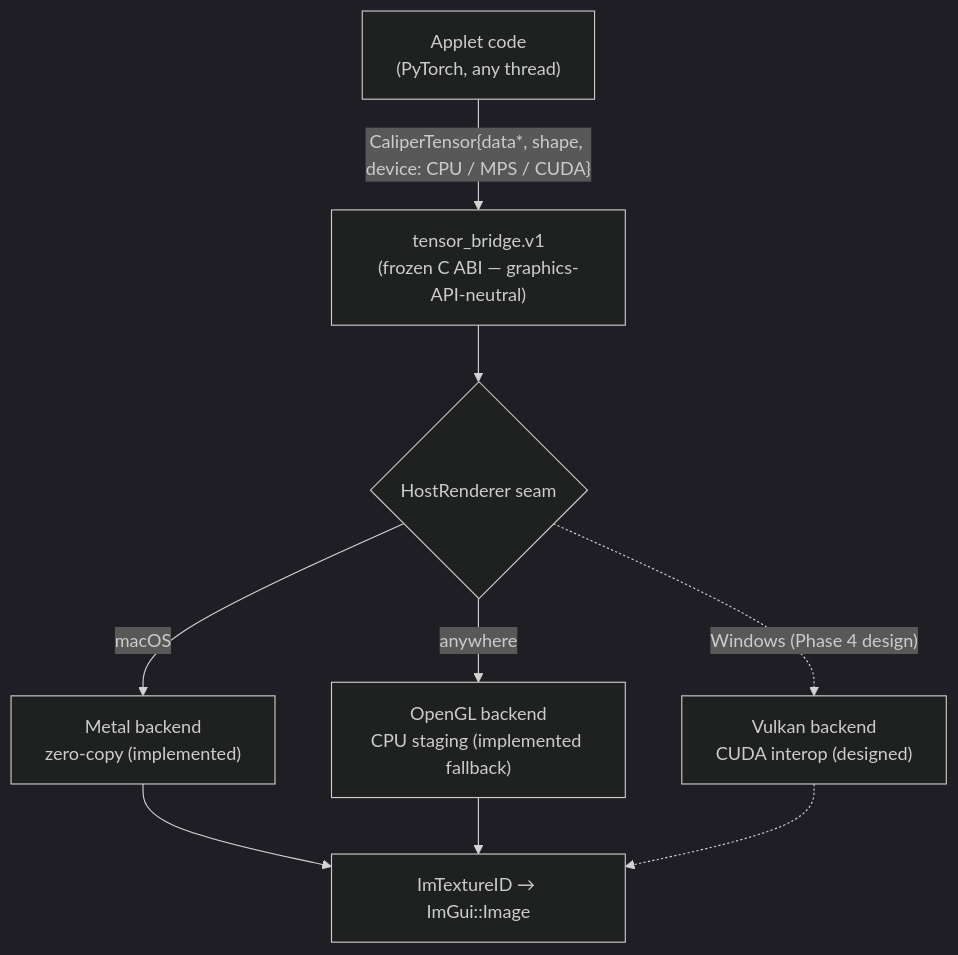
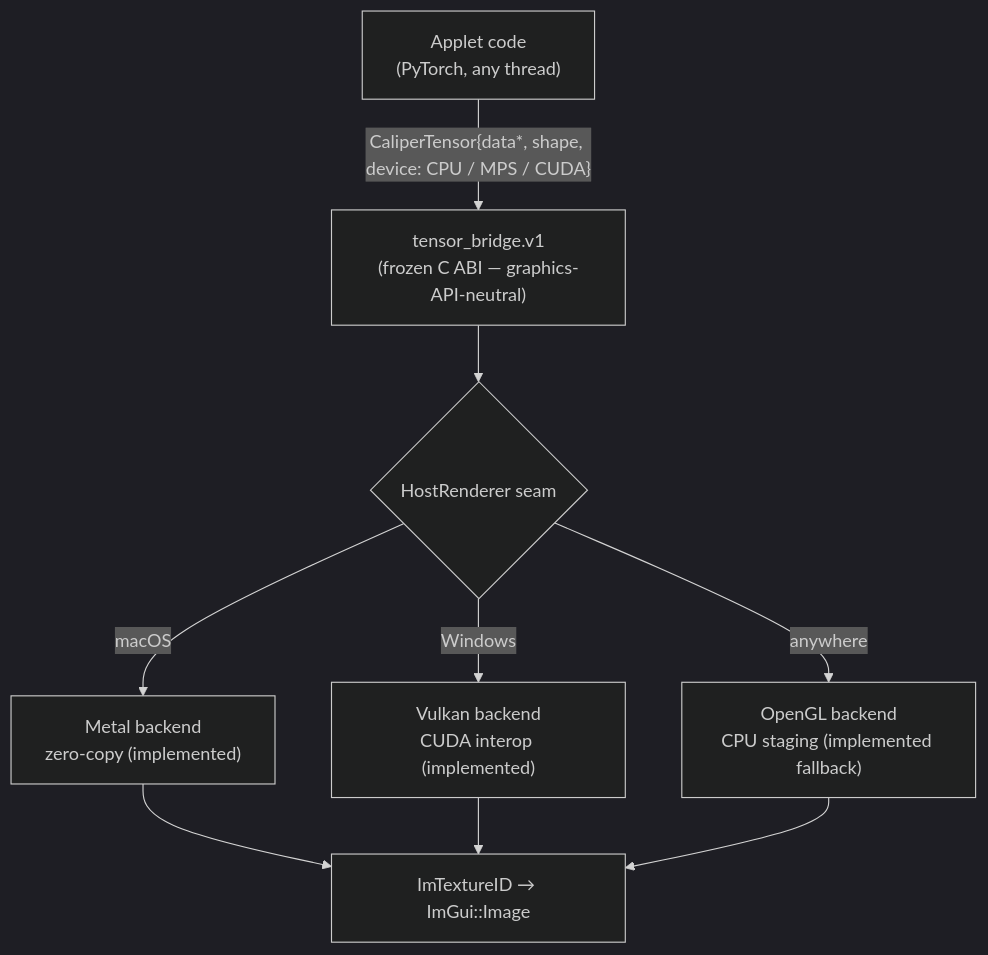
The second of 5 diagrams in ZEROCOPY.md (AhmedKhan-GH/caliper), drawn with Mermaid (dark theme) before and after one commit. The commit also changed other lines of this file and 3 other files, not shown here.

````diff
--- a/ZEROCOPY.md
+++ b/ZEROCOPY.md
@@ -53,11 +53,11 @@
 ```mermaid
 flowchart TD
     APP["Applet code<br/>(PyTorch, any thread)"] -->|"CaliperTensor{data*, shape, device: CPU / MPS / CUDA}"| BRIDGE["tensor_bridge.v1<br/>(frozen C ABI — graphics-API-neutral)"]
     BRIDGE --> SEAM{HostRenderer seam}
     SEAM -->|macOS| METAL["Metal backend<br/>zero-copy (implemented)"]
+    SEAM -->|Windows| VK["Vulkan backend<br/>CUDA interop (implemented)"]
     SEAM -->|anywhere| GL["OpenGL backend<br/>CPU staging (implemented fallback)"]
-    SEAM -.->|"Windows (Phase 4 design)"| VK["Vulkan backend<br/>CUDA interop (designed)"]
     METAL --> IMG["ImTextureID → ImGui::Image"]
+    VK --> IMG
     GL --> IMG
-    VK -.-> IMG
 ```
````
